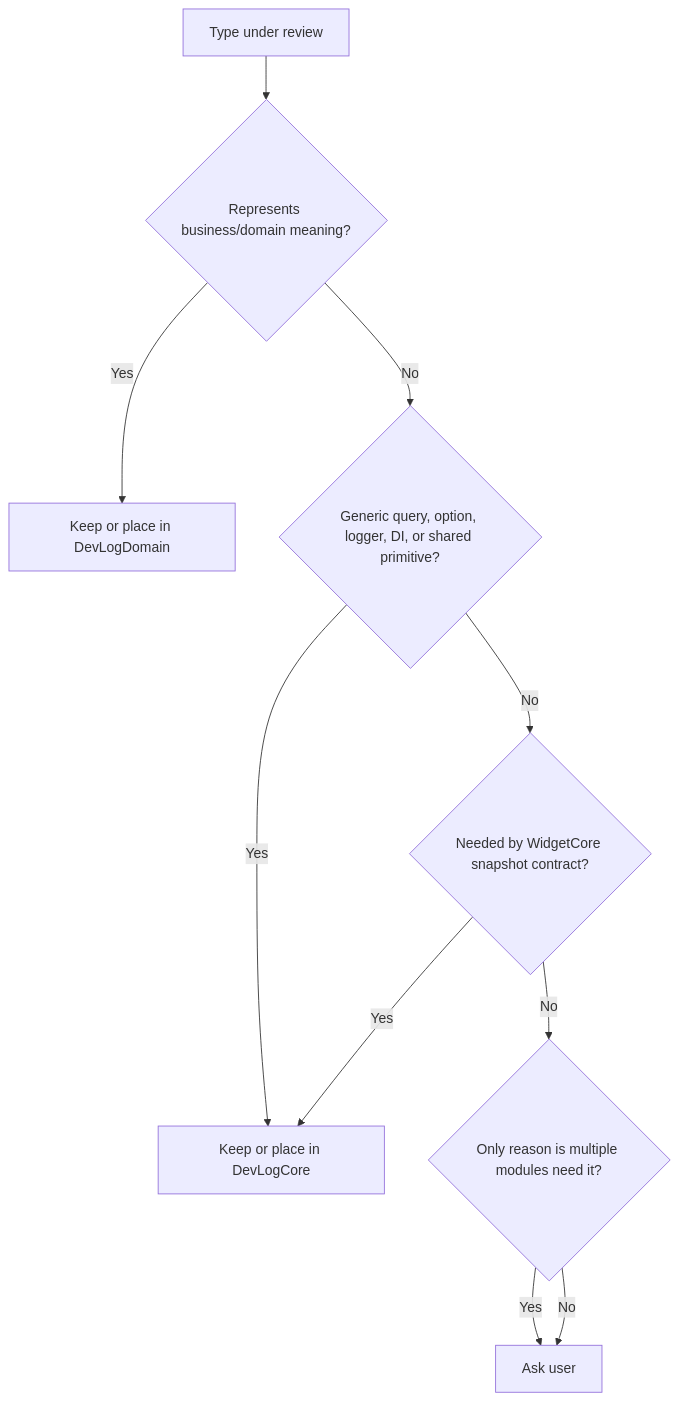
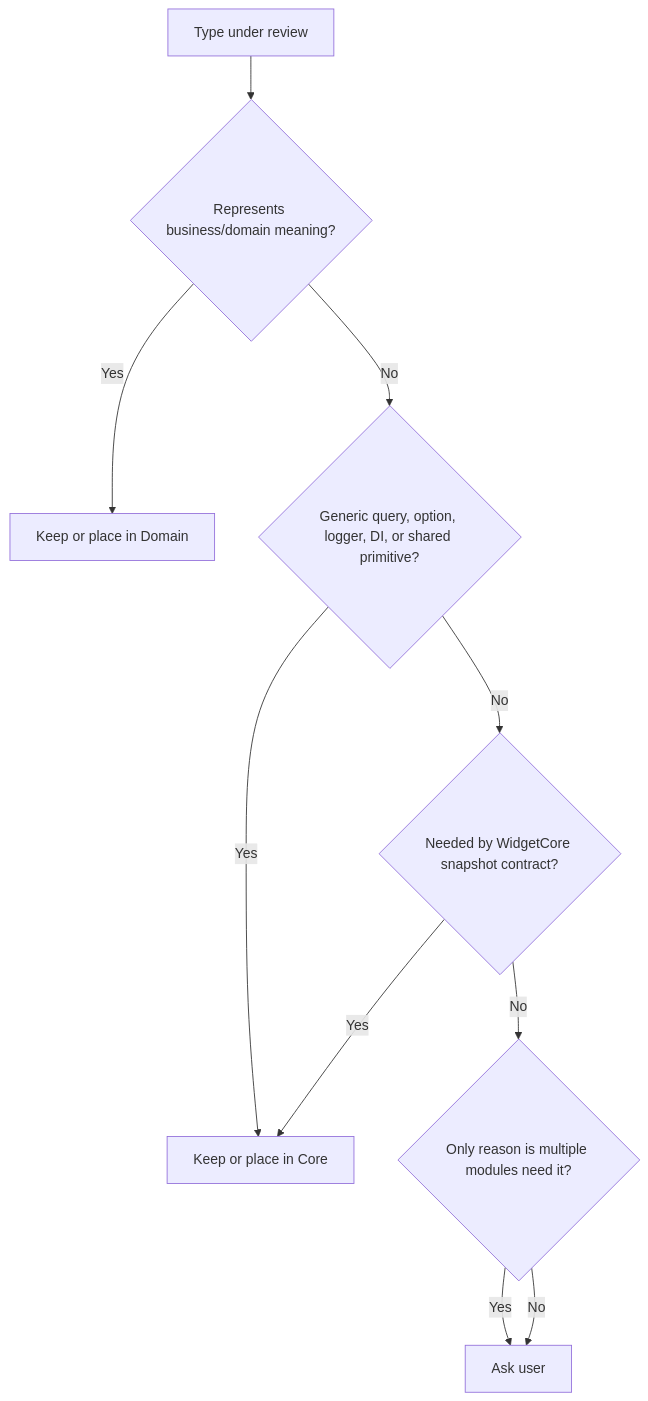
One commit to opficdev/DevLog_iOS changed the sixth of 9 diagrams in .hermes/skills/devlog-architecture-harness/references/devlog-architecture-flow.md. Above: the diagram before and after it, drawn with Mermaid. The commit also changed other lines of this file and 10 other files, not shown here.

````diff
--- a/.hermes/skills/devlog-architecture-harness/references/devlog-architecture-flow.md
+++ b/.hermes/skills/devlog-architecture-harness/references/devlog-architecture-flow.md
@@ -210,21 +210,21 @@
 ```mermaid
 flowchart TD
 	Type["Type under review"]
 	DomainMeaning{"Represents business/domain meaning?"}
 	QueryOrPrimitive{"Generic query, option, logger, DI, or shared primitive?"}
 	UsedByWidget{"Needed by WidgetCore snapshot contract?"}
 	OnlyShared{"Only reason is multiple modules need it?"}
-	Domain["Keep or place in DevLogDomain"]
-	Core["Keep or place in DevLogCore"]
+	Domain["Keep or place in Domain"]
+	Core["Keep or place in Core"]
 	Ask["Ask user"]
 
 	Type --> DomainMeaning
 	DomainMeaning -->|Yes| Domain
 	DomainMeaning -->|No| QueryOrPrimitive
 	QueryOrPrimitive -->|Yes| Core
 	QueryOrPrimitive -->|No| UsedByWidget
 	UsedByWidget -->|Yes| Core
 	UsedByWidget -->|No| OnlyShared
 	OnlyShared -->|Yes| Ask
 	OnlyShared -->|No| Ask
 ```
````
